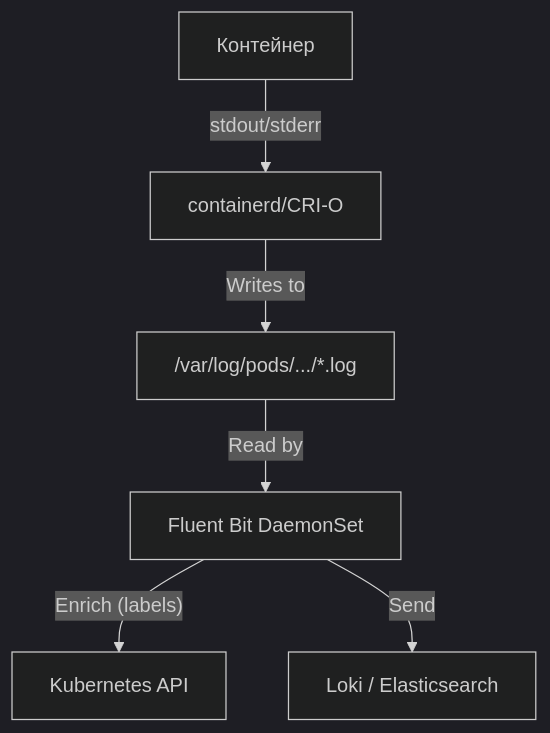
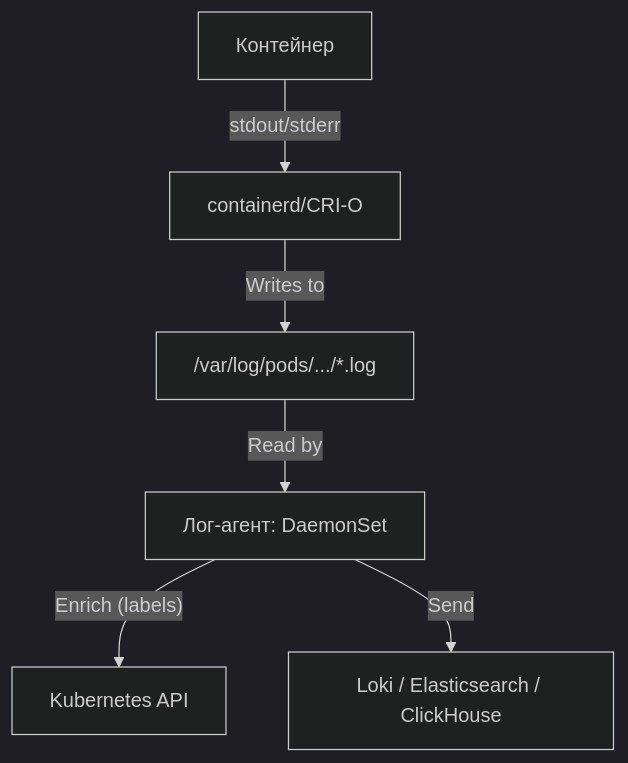
The diagram in Kubernetes/MonitoringLogging/kubernetes-monitoring-logging-architecture.md (37signalsS/notes), drawn with Mermaid (dark theme) before and after one commit. The commit also changed other lines of this file and 770 other files, not shown here.

````diff
--- a/Kubernetes/MonitoringLogging/kubernetes-monitoring-logging-architecture.md
+++ b/Kubernetes/MonitoringLogging/kubernetes-monitoring-logging-architecture.md
@@ -50,8 +52,8 @@
 ```mermaid
 graph TD
     Container[Контейнер] -- "stdout/stderr" --> Runtime[containerd/CRI-O]
     Runtime -- "Writes to" --> LogFiles["/var/log/pods/.../*.log"]
-    LogFiles -- "Read by" --> Agent[Fluent Bit DaemonSet]
+    LogFiles -- "Read by" --> Agent[Лог-агент: DaemonSet]
     Agent -- "Enrich (labels)" --> K8sAPI[Kubernetes API]
-    Agent -- "Send" --> CentralLog[Loki / Elasticsearch]
+    Agent -- "Send" --> CentralLog[Loki / Elasticsearch / ClickHouse]
 ```
````
